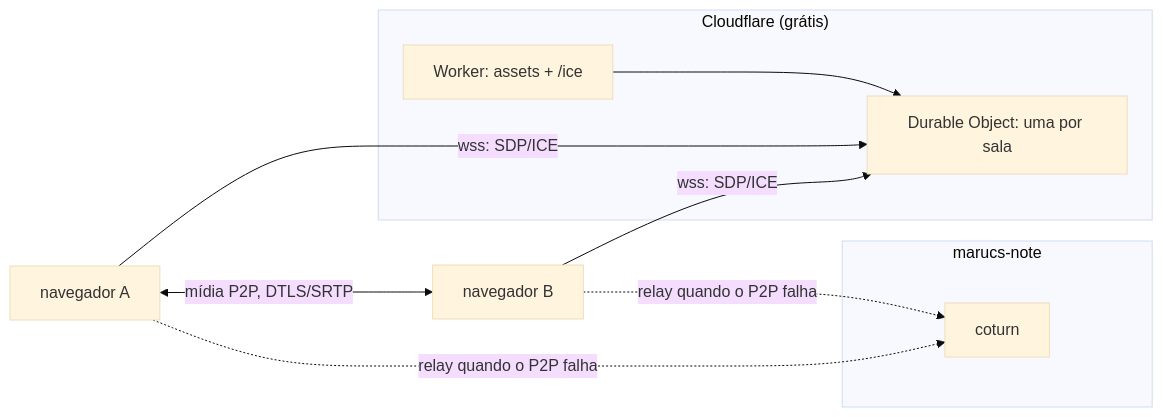
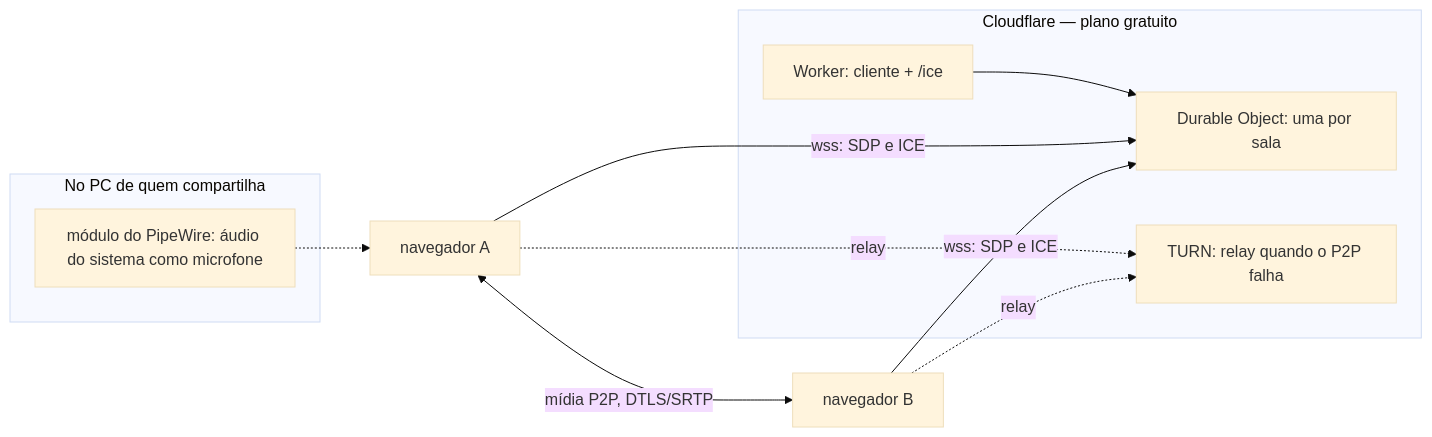
Before and after one commit to galm-dev/disgalm.galm.ai: the diagram in PLANO-POC.md, drawn with Mermaid (base theme). The commit also changed other lines of this file, not shown here.

````diff
--- a/PLANO-POC.md
+++ b/PLANO-POC.md
@@ -215,14 +215,16 @@
 ```mermaid
 graph LR
-  subgraph nuvem["Cloudflare (grátis)"]
-    W[Worker: assets + /ice] --> D[Durable Object: uma por sala]
+  subgraph nuvem["Cloudflare — plano gratuito"]
+    W["Worker: cliente + /ice"] --> D["Durable Object: uma por sala"]
+    T["TURN: relay quando o P2P falha"]
   end
-  subgraph casa["marucs-note"]
-    T[coturn]
+  subgraph pc["No PC de quem compartilha"]
+    L["módulo do PipeWire: áudio do sistema como microfone"]
   end
-  A[navegador A] -- wss: SDP/ICE --> D
-  B[navegador B] -- wss: SDP/ICE --> D
-  A <-- mídia P2P, DTLS/SRTP --> B
-  A -. relay quando o P2P falha .-> T
-  B -. relay quando o P2P falha .-> T
+  A["navegador A"] -->|"wss: SDP e ICE"| D
+  B["navegador B"] -->|"wss: SDP e ICE"| D
+  A <-->|"mídia P2P, DTLS/SRTP"| B
+  A -.->|"relay"| T
+  B -.->|"relay"| T
+  L -.-> A
 ```
````
